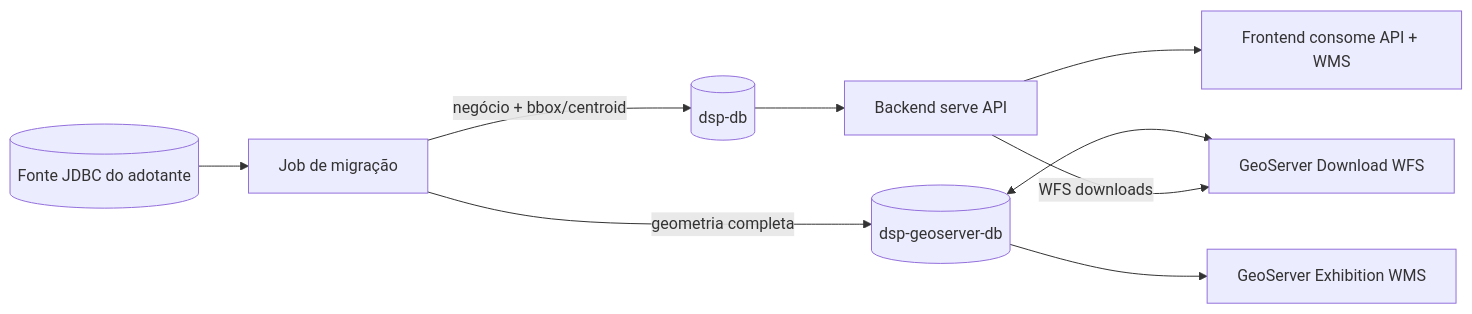
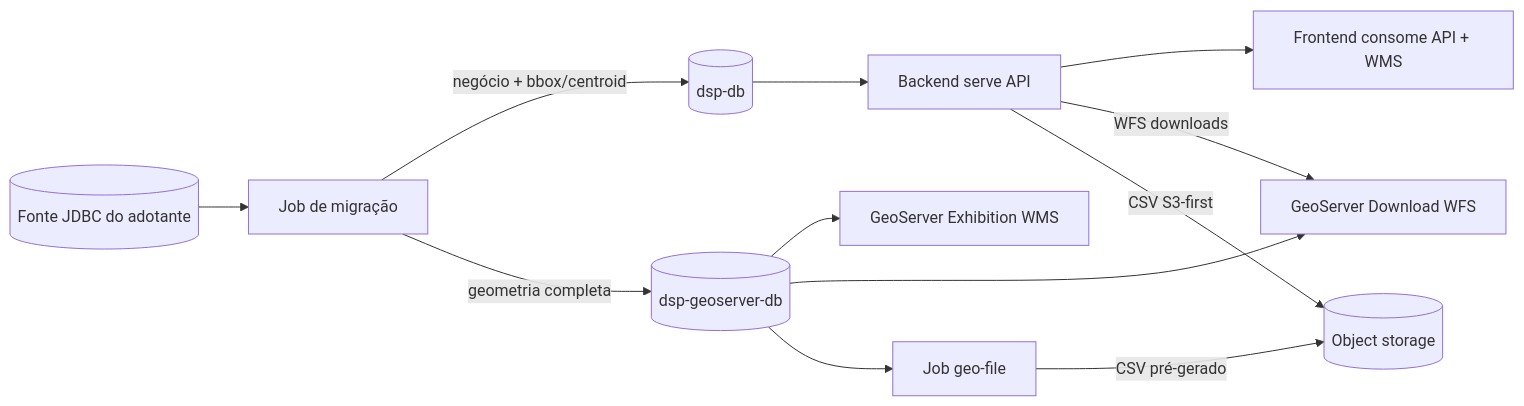
Before and after one commit to kleber-albino/rer-dsp-docs: the second of 3 diagrams in docs/modules/core.md, drawn with Mermaid. The commit also changed other lines of this file and 7 other files, not shown here.

First line of the commit message:
docs: update documentation for new geo-file generation job integration

````diff
--- a/docs/modules/core.md
+++ b/docs/modules/core.md
@@ -148,11 +153,14 @@
 ```mermaid
 flowchart LR
   src[(Fonte JDBC do adotante)] --> job[Job de migração]
   job -->|"negócio + bbox/centroid"| dspdb[(dsp-db)]
   job -->|"geometria completa"| exdb[(dsp-geoserver-db)]
   exdb --> gsEx[GeoServer Exhibition WMS]
-  exdb <--> gsDl[GeoServer Download WFS]
+  exdb --> gsDl[GeoServer Download WFS]
+  exdb --> geoFile[Job geo-file]
+  geoFile -->|CSV pré-gerado| s3[(Object storage)]
   dspdb --> be[Backend serve API]
   be --> fe[Frontend consome API + WMS]
   be -->|WFS downloads| gsDl
+  be -->|CSV S3-first| s3
 ```
````
